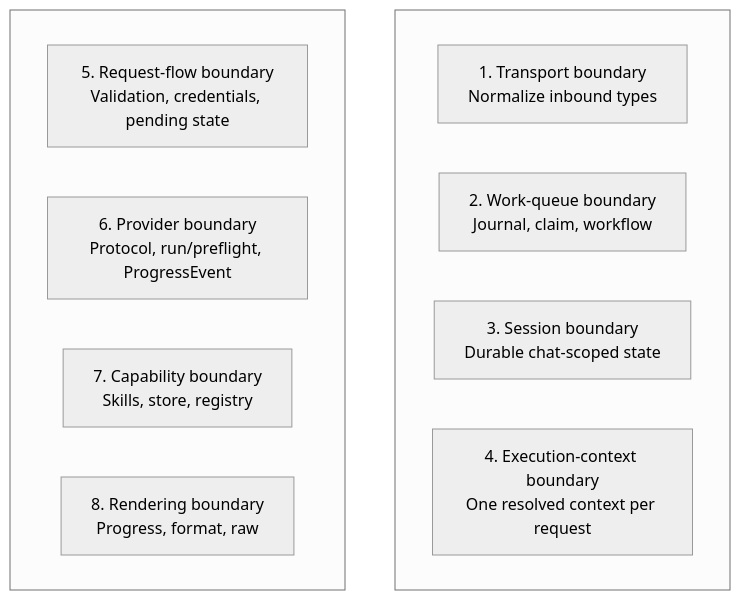
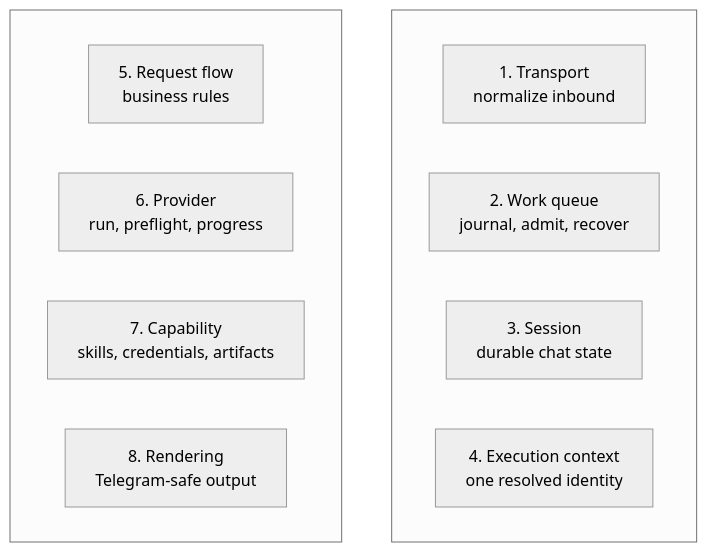
One commit to privacynow/octopus changed the second of 8 diagrams in docs/ARCHITECTURE.md. Above: the diagram before and after it, drawn with Mermaid (neutral theme). The commit also changed other lines of this file and 2 other files, not shown here.

Commit message:
Refresh architecture and README docs

````diff
--- a/docs/ARCHITECTURE.md
+++ b/docs/ARCHITECTURE.md
@@ -224,18 +133,18 @@
 ```mermaid
 flowchart TB
     subgraph ROW1[" "]
         direction LR
-        B1["1. Transport boundary<br/>Normalize inbound types"]
-        B2["2. Work-queue boundary<br/>Journal, claim, workflow"]
-        B3["3. Session boundary<br/>Durable chat-scoped state"]
-        B4["4. Execution-context boundary<br/>One resolved context per request"]
+        B1["1. Transport<br/>normalize inbound"]
+        B2["2. Work queue<br/>journal, admit, recover"]
+        B3["3. Session<br/>durable chat state"]
+        B4["4. Execution context<br/>one resolved identity"]
     end
 
     subgraph ROW2[" "]
         direction LR
-        B5["5. Request-flow boundary<br/>Validation, credentials, pending state"]
-        B6["6. Provider boundary<br/>Protocol, run/preflight, ProgressEvent"]
-        B7["7. Capability boundary<br/>Skills, store, registry"]
-        B8["8. Rendering boundary<br/>Progress, format, raw"]
+        B5["5. Request flow<br/>business rules"]
+        B6["6. Provider<br/>run, preflight, progress"]
+        B7["7. Capability<br/>skills, credentials, artifacts"]
+        B8["8. Rendering<br/>Telegram-safe output"]
     end
 ```
````
